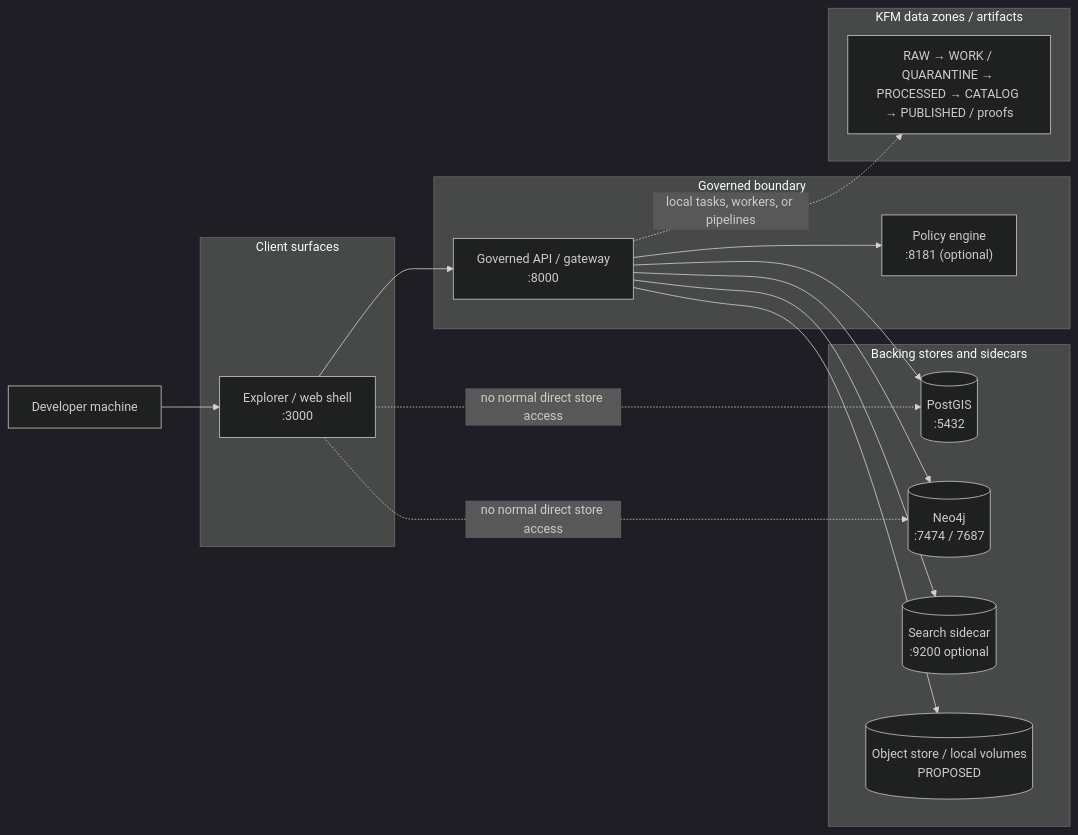
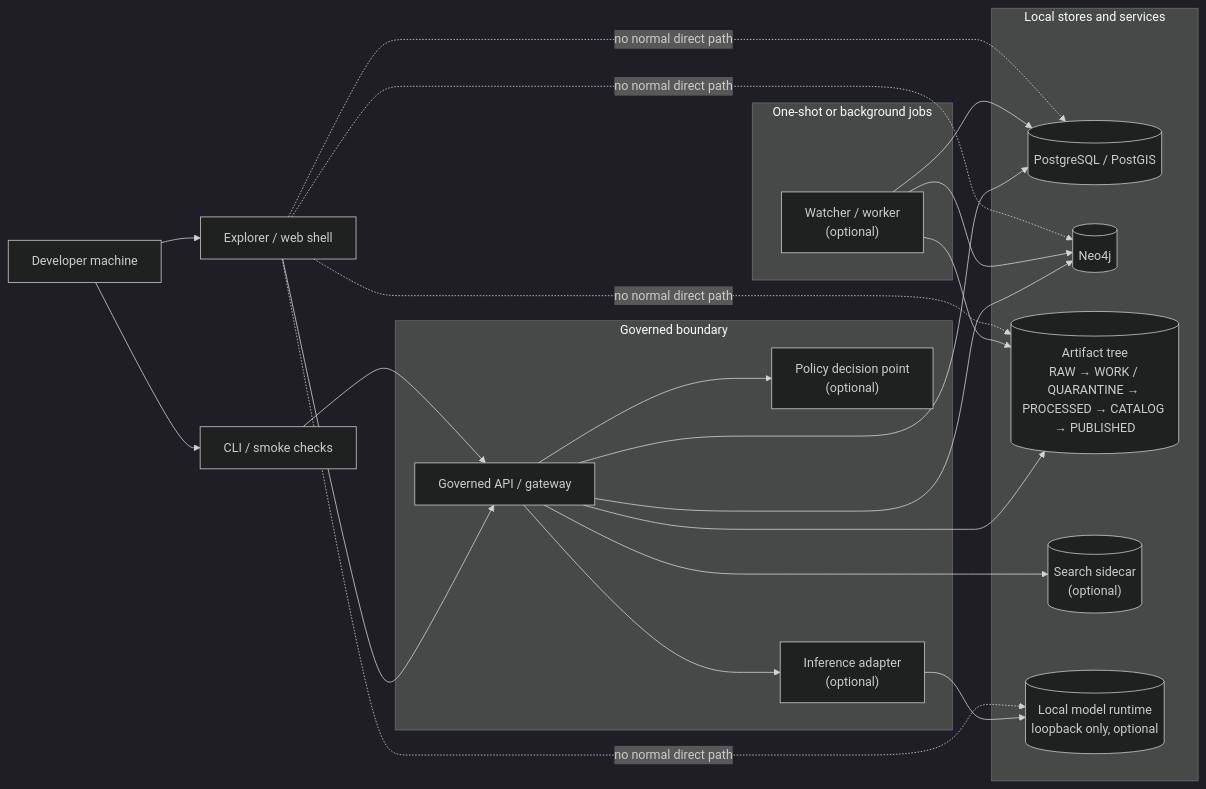
Before and after one commit to bartytime4life/Kansas-Frontier-Matrix: the diagram in infra/local/README.md, drawn with Mermaid (dark theme). The commit also changed other lines of this file, not shown here.

````diff
--- a/infra/local/README.md
+++ b/infra/local/README.md
@@ -230,33 +290,42 @@
 ```mermaid
 flowchart LR
-    subgraph Client["Client surfaces"]
-        WEB["Explorer / web shell<br/>:3000"]
+    DEV["Developer machine"] --> WEB["Explorer / web shell"]
+    DEV --> OPS["CLI / smoke checks"]
+
+    subgraph Boundary["Governed boundary"]
+        API["Governed API / gateway"]
+        PDP["Policy decision point<br/>(optional)"]
+        ADAPTER["Inference adapter<br/>(optional)"]
     end
 
-    subgraph Boundary["Governed boundary"]
-        API["Governed API / gateway<br/>:8000"]
-        OPA["Policy engine<br/>:8181 (optional)"]
+    subgraph Stores["Local stores and services"]
+        PG[("PostgreSQL / PostGIS")]
+        NEO[("Neo4j")]
+        ART[("Artifact tree<br/>RAW → WORK / QUARANTINE → PROCESSED → CATALOG → PUBLISHED")]
+        SEARCH[("Search sidecar<br/>(optional)")]
+        OLLAMA[("Local model runtime<br/>loopback only, optional")]
     end
 
-    subgraph Stores["Backing stores and sidecars"]
-        PG[("PostGIS<br/>:5432")]
-        NEO[("Neo4j<br/>:7474 / 7687")]
-        SEARCH[("Search sidecar<br/>:9200 optional")]
-        OBJ[("Object store / local volumes<br/>PROPOSED")]
+    subgraph Jobs["One-shot or background jobs"]
+        WATCH["Watcher / worker<br/>(optional)"]
     end
 
-    subgraph Zones["KFM data zones / artifacts"]
-        Z["RAW → WORK / QUARANTINE → PROCESSED → CATALOG → PUBLISHED / proofs"]
-    end
-
-    DEV["Developer machine"] --> WEB
     WEB --> API
-    API --> OPA
+    OPS --> API
+    API --> PDP
     API --> PG
     API --> NEO
+    API --> ART
     API --> SEARCH
-    API --> OBJ
-    API -. local tasks, workers, or pipelines .-> Z
-    WEB -. no normal direct store access .-> PG
-    WEB -. no normal direct store access .-> NEO
+    API --> ADAPTER
+    ADAPTER --> OLLAMA
+
+    WATCH --> PG
+    WATCH --> NEO
+    WATCH --> ART
+
+    WEB -. no normal direct path .-> PG
+    WEB -. no normal direct path .-> NEO
+    WEB -. no normal direct path .-> ART
+    WEB -. no normal direct path .-> OLLAMA
 ```
````
